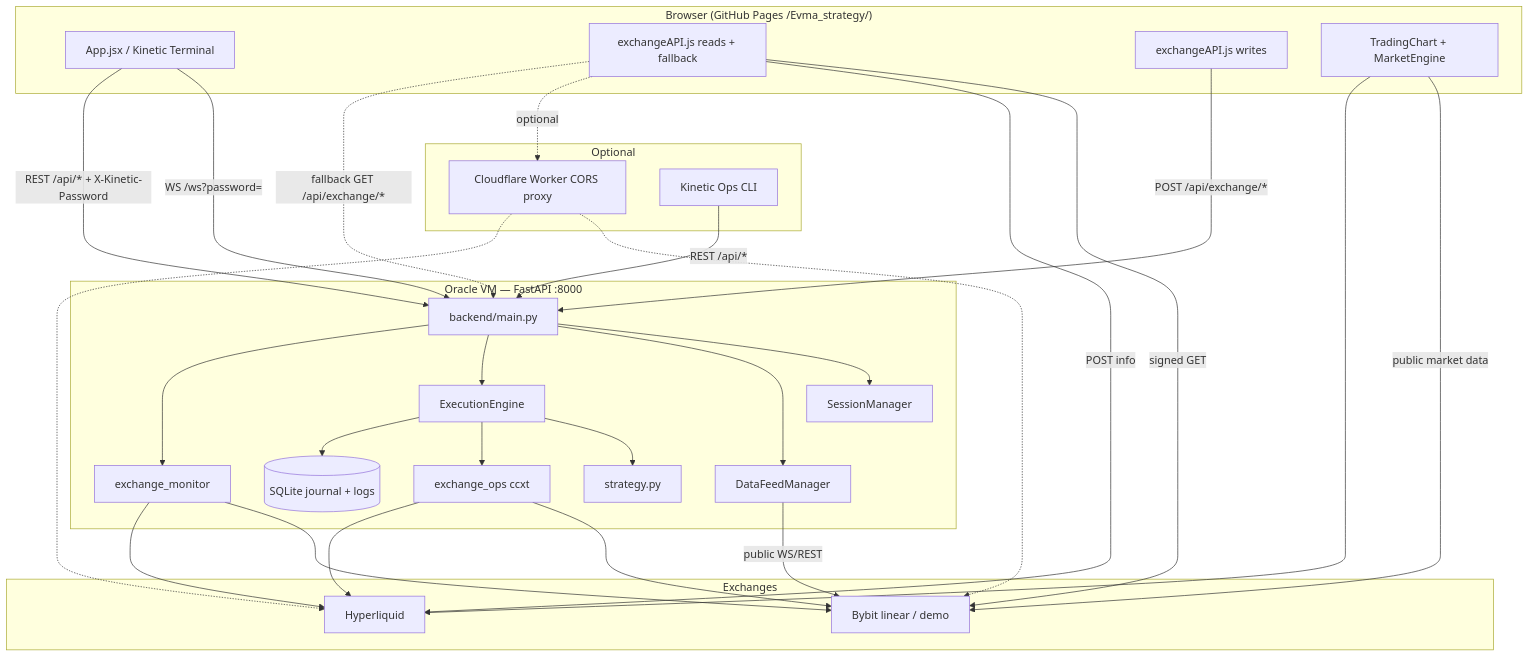
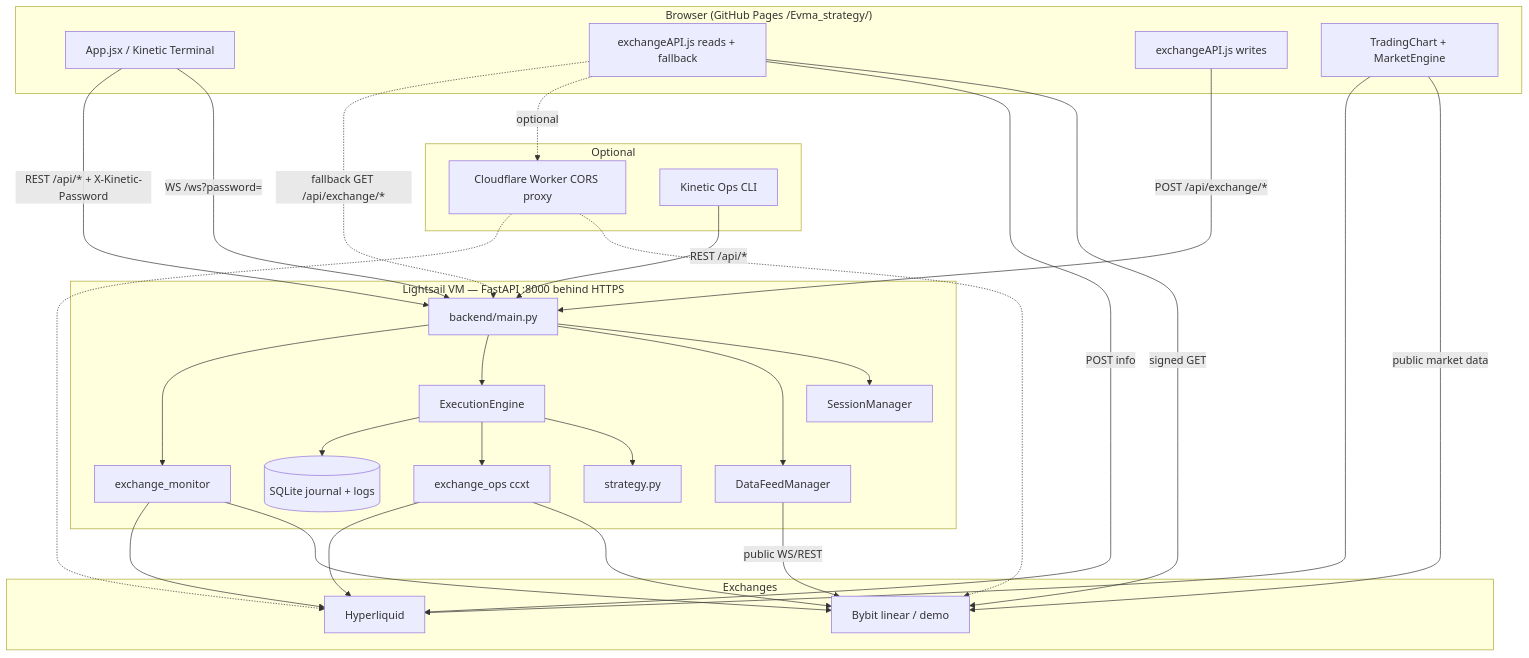
Before and after one commit to Hellotagvg/Evma_strategy: the first of 5 diagrams in docs/ARCHITECTURE.md, drawn with Mermaid. The commit also changed 17 other files, not shown here.

````diff
--- a/docs/ARCHITECTURE.md
+++ b/docs/ARCHITECTURE.md
@@ -9,55 +9,55 @@
 ```mermaid
 flowchart TB
   subgraph Browser["Browser (GitHub Pages /Evma_strategy/)"]
     UI[App.jsx / Kinetic Terminal]
     EX_READ[exchangeAPI.js reads + fallback]
     EX_WRITE[exchangeAPI.js writes]
     CHART[TradingChart + MarketEngine]
   end
 
   subgraph Optional["Optional"]
     CF[Cloudflare Worker CORS proxy]
     KOPS[Kinetic Ops CLI]
   end
 
-  subgraph Oracle["Oracle VM — FastAPI :8000"]
+  subgraph Lightsail["Lightsail VM — FastAPI :8000 behind HTTPS"]
     API[backend/main.py]
     SESS[SessionManager]
     FEED[DataFeedManager]
     STRAT[strategy.py]
     EXEC[ExecutionEngine]
     MON[exchange_monitor]
     OPS[exchange_ops ccxt]
     DB[(SQLite journal + logs)]
   end
 
   subgraph Exchanges["Exchanges"]
     BYBIT[Bybit linear / demo]
     HL[Hyperliquid]
   end
 
   UI -->|WS /ws?password=| API
   UI -->|REST /api/* + X-Kinetic-Password| API
   KOPS -->|REST /api/*| API
   EX_WRITE -->|POST /api/exchange/*| API
   OPS --> BYBIT
   OPS --> HL
   MON --> BYBIT
   MON --> HL
   EX_READ -->|signed GET| BYBIT
   EX_READ -->|POST info| HL
   EX_READ -.->|optional| CF
   EX_READ -.->|fallback GET /api/exchange/*| API
   CF -.-> BYBIT
   CF -.-> HL
   FEED -->|public WS/REST| BYBIT
   API --> SESS
   API --> FEED
   API --> EXEC
   API --> MON
   EXEC --> STRAT
   EXEC --> OPS
   EXEC --> DB
   CHART -->|public market data| BYBIT
   CHART --> HL
 ```
````
